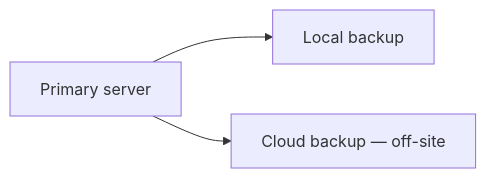
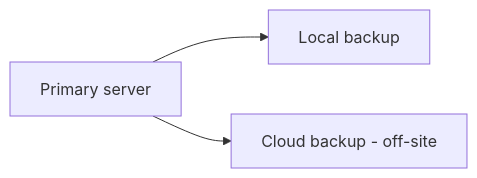
One commit to hareramcse/SystemDesign changed diagram 12 of 21 in 12-reliability-engineering/README.md. Above: the diagram before and after it, drawn with Mermaid. The commit also changed other lines of this file, not shown here.

````diff
--- a/12-reliability-engineering/README.md
+++ b/12-reliability-engineering/README.md
@@ -590,5 +655,5 @@
 ```mermaid
 flowchart LR
     Primary[Primary server] --> Local[Local backup]
-    Primary --> Cloud[Cloud backup — off-site]
+    Primary --> Cloud[Cloud backup - off-site]
 ```
````
